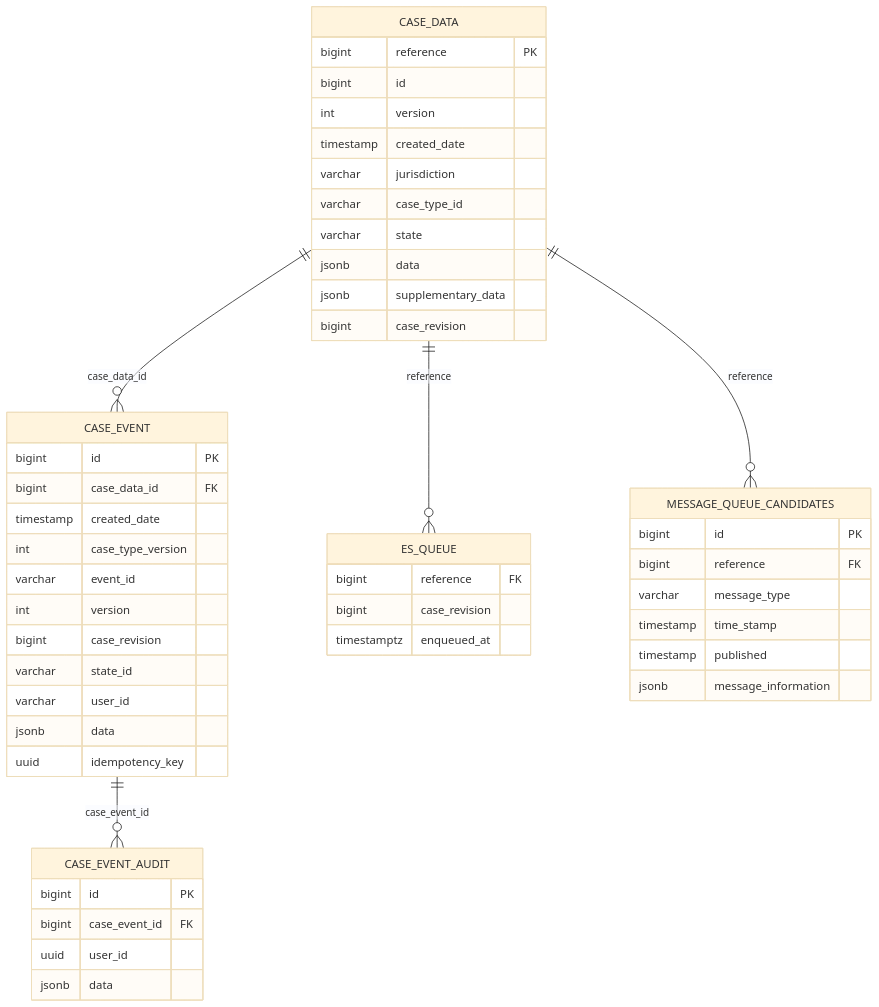
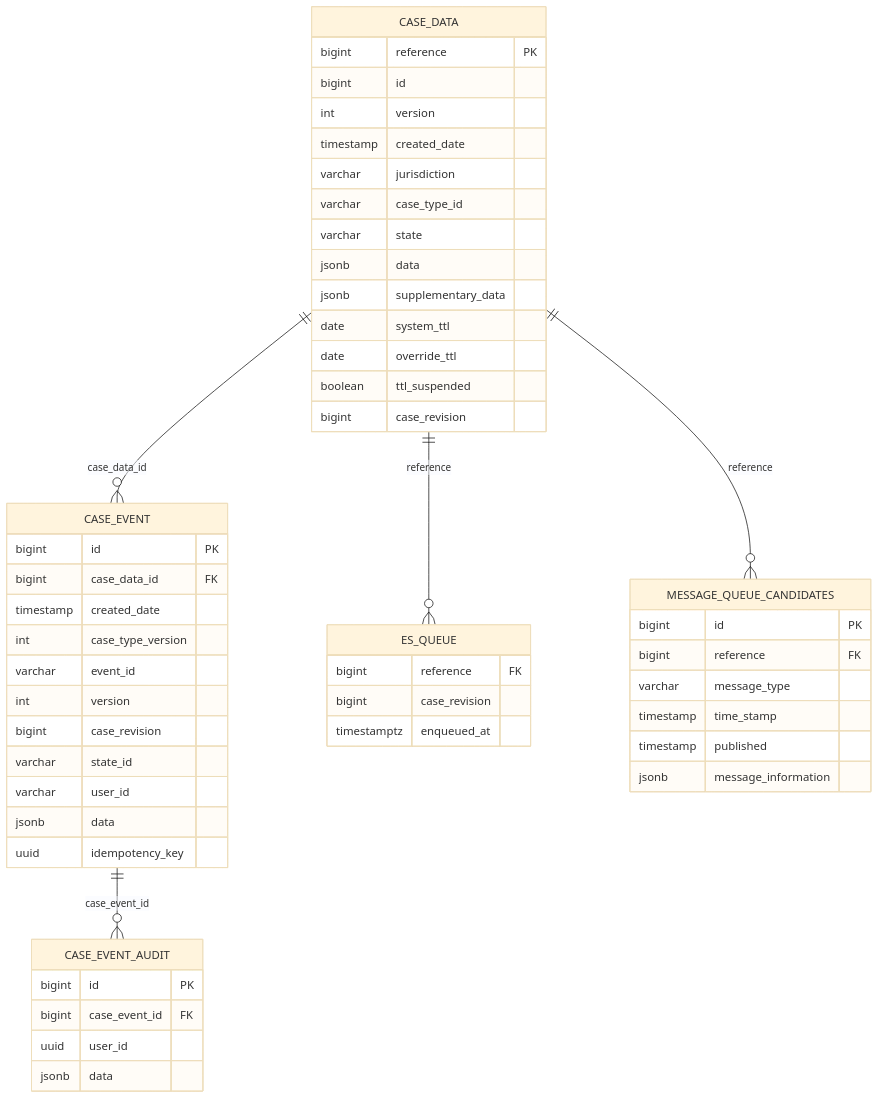
The first of 2 diagrams in docs/decentralised-runtime.md (hmcts/dtsse-ccd-config-generator), drawn with Mermaid (base theme) before and after one commit. The commit also changed other lines of this file and 17 other files, not shown here.

````diff
--- a/docs/decentralised-runtime.md
+++ b/docs/decentralised-runtime.md
@@ -106,52 +110,55 @@
 ```mermaid
 erDiagram
     CASE_DATA {
         bigint reference PK
         bigint id
         int version
         timestamp created_date
         varchar jurisdiction
         varchar case_type_id
         varchar state
         jsonb data
         jsonb supplementary_data
+        date system_ttl
+        date override_ttl
+        boolean ttl_suspended
         bigint case_revision
     }
     CASE_EVENT {
         bigint id PK
         bigint case_data_id FK
         timestamp created_date
         int case_type_version
         varchar event_id
         int version
         bigint case_revision
         varchar state_id
         varchar user_id
         jsonb data
         uuid idempotency_key
     }
     CASE_EVENT_AUDIT {
         bigint id PK
         bigint case_event_id FK
         uuid user_id
         jsonb data
     }
     ES_QUEUE {
         bigint reference FK
         bigint case_revision
         timestamptz enqueued_at
     }
     MESSAGE_QUEUE_CANDIDATES {
         bigint id PK
         bigint reference FK
         varchar message_type
         timestamp time_stamp
         timestamp published
         jsonb message_information
     }
 
     CASE_DATA ||--o{ CASE_EVENT : "case_data_id"
     CASE_EVENT ||--o{ CASE_EVENT_AUDIT : "case_event_id"
     CASE_DATA ||--o{ ES_QUEUE : "reference"
     CASE_DATA ||--o{ MESSAGE_QUEUE_CANDIDATES : "reference"
 ```
````
